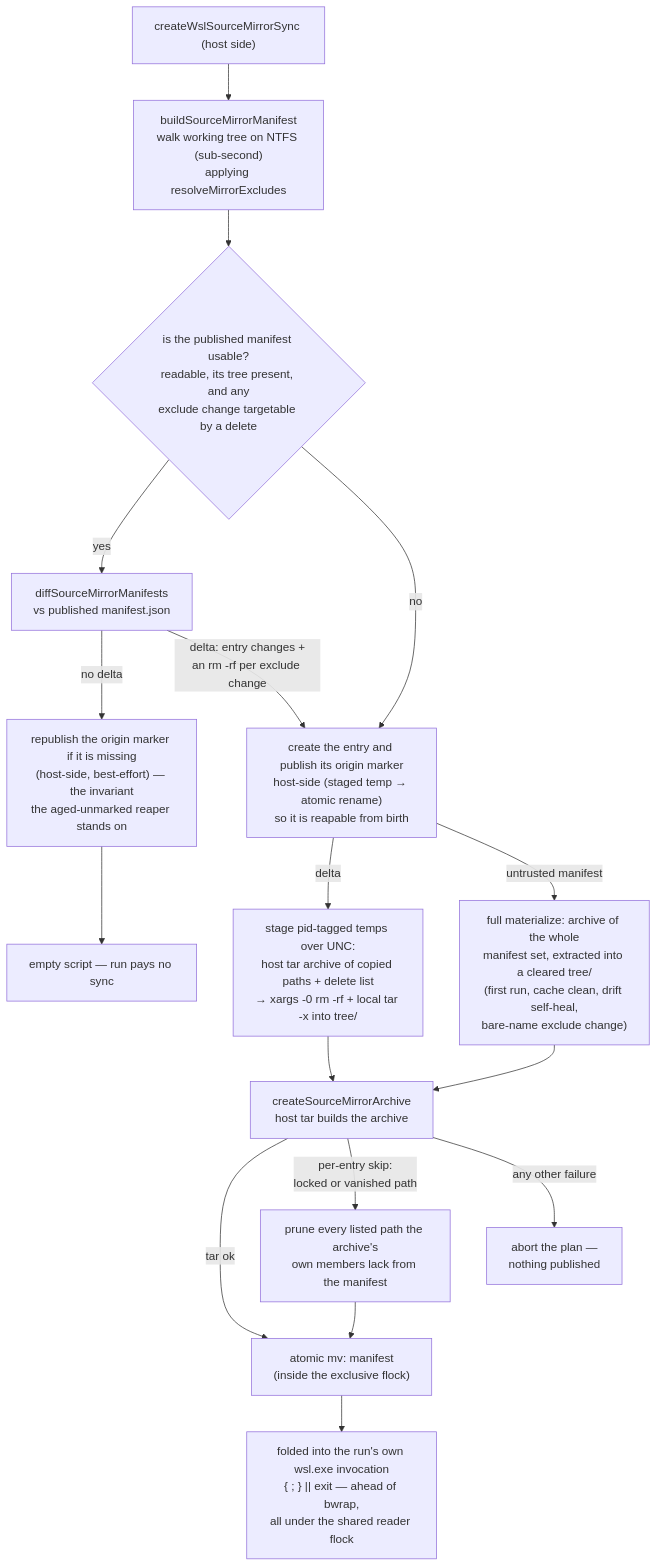
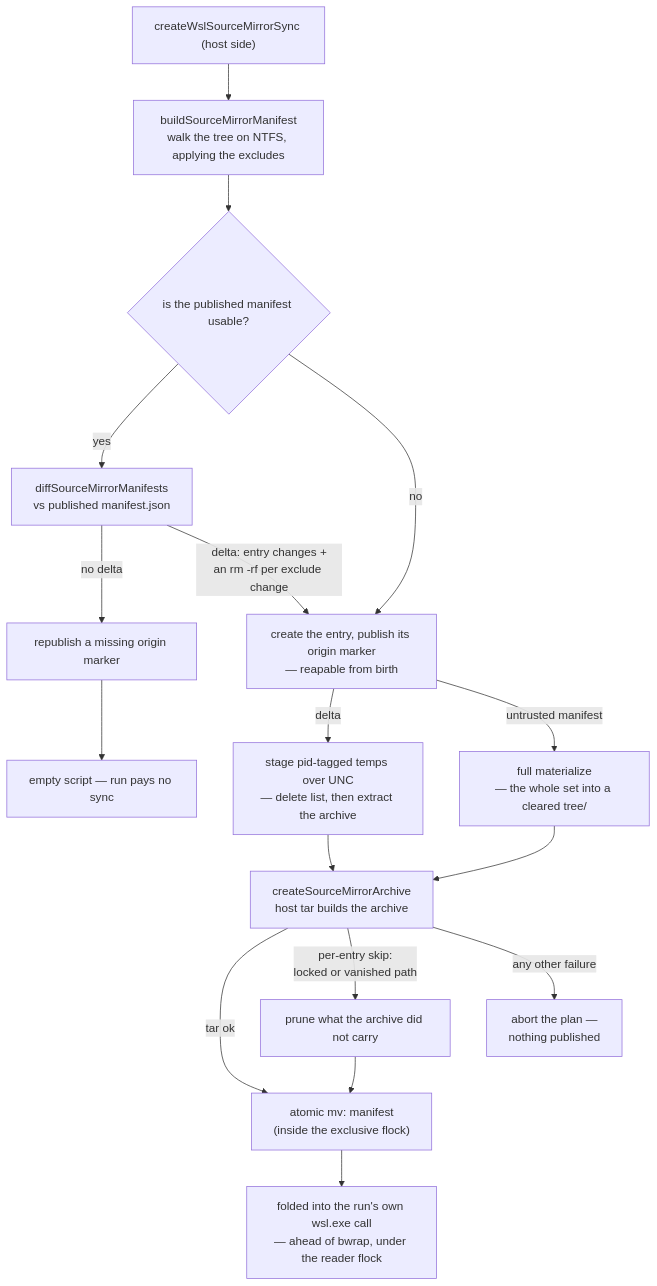
The diagram in packages/app/content/docs/virrun/wsl-source-mirror.md (Esposter/Esposter), drawn with Mermaid before and after one commit. The commit also changed 8 other files, not shown here.

First line of the commit message:
docs(diagrams): sweep esbabbler/ and virrun/

````diff
--- a/packages/app/content/docs/virrun/wsl-source-mirror.md
+++ b/packages/app/content/docs/virrun/wsl-source-mirror.md
@@ -20,17 +20,17 @@
 ```mermaid
 flowchart TB
-    plan["createWslSourceMirrorSync (host side)"] --> walk["buildSourceMirrorManifest<br/>walk working tree on NTFS (sub-second)<br/>applying resolveMirrorExcludes"]
-    walk --> trust{"is the published manifest usable?<br/>readable, its tree present, and any<br/>exclude change targetable by a delete"}
+    plan["createWslSourceMirrorSync (host side)"] --> walk["buildSourceMirrorManifest<br/>walk the tree on NTFS, applying the excludes"]
+    walk --> trust{"is the published manifest usable?"}
     trust -->|"yes"| diff["diffSourceMirrorManifests<br/>vs published manifest.json"]
     trust -->|"no"| mark
-    diff -->|"no delta"| refresh["republish the origin marker if it is missing<br/>(host-side, best-effort) — the invariant<br/>the aged-unmarked reaper stands on"] --> skipped["empty script — run pays no sync"]
-    diff -->|"delta: entry changes +<br/>an rm -rf per exclude change"| mark["create the entry and publish its origin marker<br/>host-side (staged temp → atomic rename)<br/>so it is reapable from birth"]
-    mark -->|"delta"| delta["stage pid-tagged temps over UNC:<br/>host tar archive of copied paths + delete list<br/>→ xargs -0 rm -rf + local tar -x into tree/"]
-    mark -->|"untrusted manifest"| full["full materialize: archive of the whole<br/>manifest set, extracted into a cleared tree/<br/>(first run, cache clean, drift self-heal,<br/>bare-name exclude change)"]
+    diff -->|"no delta"| refresh["republish a missing origin marker"] --> skipped["empty script — run pays no sync"]
+    diff -->|"delta: entry changes +<br/>an rm -rf per exclude change"| mark["create the entry, publish its origin marker<br/>— reapable from birth"]
+    mark -->|"delta"| delta["stage pid-tagged temps over UNC<br/>— delete list, then extract the archive"]
+    mark -->|"untrusted manifest"| full["full materialize<br/>— the whole set into a cleared tree/"]
     delta --> archive["createSourceMirrorArchive<br/>host tar builds the archive"]
     full --> archive
     archive -->|"tar ok"| publish
-    archive -->|"per-entry skip:<br/>locked or vanished path"| prune["prune every listed path the archive's<br/>own members lack from the manifest"] --> publish
+    archive -->|"per-entry skip:<br/>locked or vanished path"| prune["prune what the archive did not carry"] --> publish
     archive -->|"any other failure"| abort["abort the plan —<br/>nothing published"]
-    publish["atomic mv: manifest<br/>(inside the exclusive flock)"] --> bwrap["folded into the run's own wsl.exe invocation<br/>{ <sync>; } || exit — ahead of bwrap,<br/>all under the shared reader flock"]
+    publish["atomic mv: manifest<br/>(inside the exclusive flock)"] --> bwrap["folded into the run's own wsl.exe call<br/>— ahead of bwrap, under the reader flock"]
 ```
````
